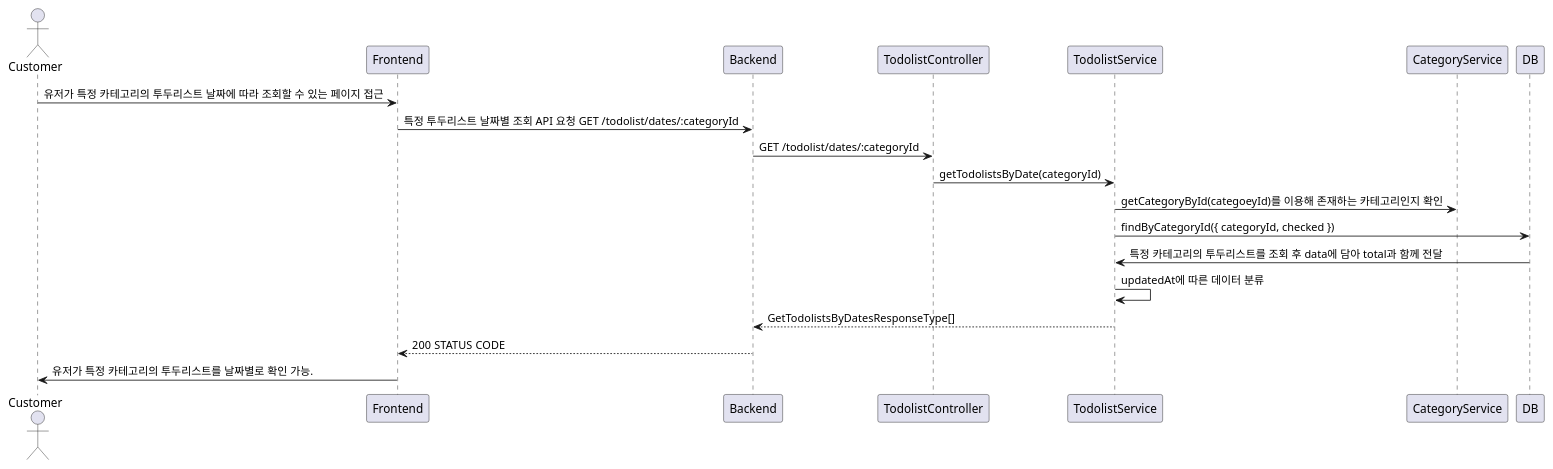
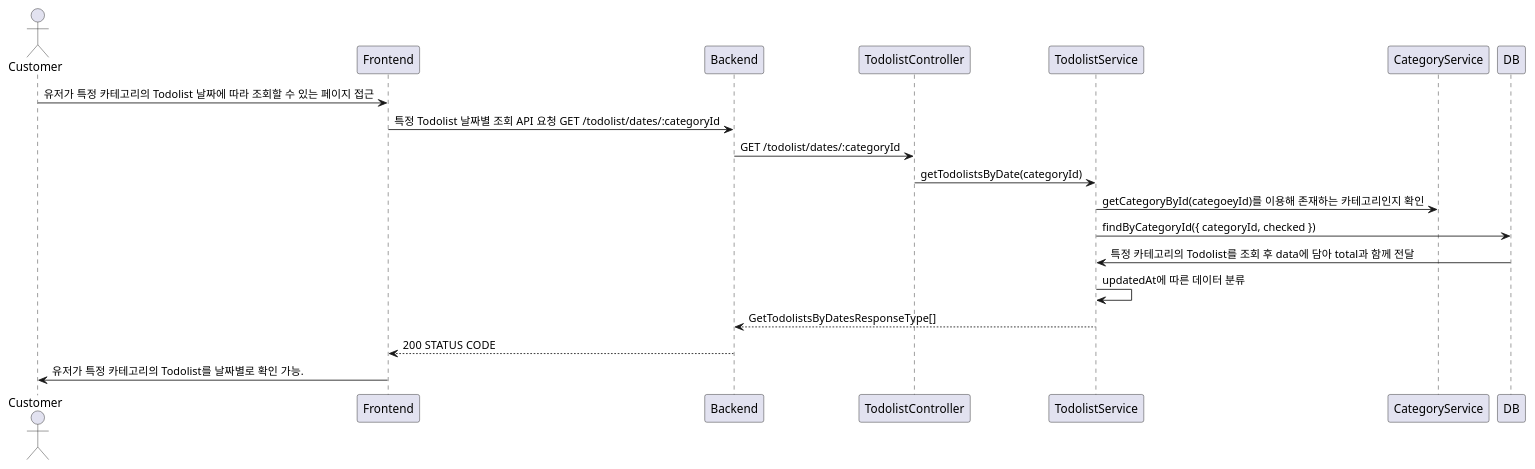
One commit to VVSOGI/todolist-remake changed the third of 3 diagrams in server/docs/todolist/todolist.get.md. Above: the diagram before and after it, drawn with PlantUML. The commit also changed other lines of this file, not shown here.

Commit message:
Refactor todolist.get.md for better readability and consistency

````diff
--- a/server/docs/todolist/todolist.get.md
+++ b/server/docs/todolist/todolist.get.md
@@ -113,16 +113,16 @@
 ```plantuml
 @startuml
 actor Customer
-Customer -> Frontend: 유저가 특정 카테고리의 투두리스트 날짜에 따라 조회할 수 있는 페이지 접근
-    Frontend -> Backend: 특정 투두리스트 날짜별 조회 API 요청 GET /todolist/dates/:categoryId
+Customer -> Frontend: 유저가 특정 카테고리의 Todolist 날짜에 따라 조회할 수 있는 페이지 접근
+    Frontend -> Backend: 특정 Todolist 날짜별 조회 API 요청 GET /todolist/dates/:categoryId
         Backend -> TodolistController: GET /todolist/dates/:categoryId
             TodolistController -> TodolistService: getTodolistsByDate(categoryId)
                 TodolistService -> CategoryService: getCategoryById(categoeyId)를 이용해 존재하는 카테고리인지 확인
                 TodolistService -> DB: findByCategoryId({ categoryId, checked })
-                DB -> TodolistService: 특정 카테고리의 투두리스트를 조회 후 data에 담아 total과 함께 전달
+                DB -> TodolistService: 특정 카테고리의 Todolist를 조회 후 data에 담아 total과 함께 전달
                 TodolistService -> TodolistService: updatedAt에 따른 데이터 분류
             Backend <-- TodolistService: GetTodolistsByDatesResponseType[]
     Frontend <-- Backend: 200 STATUS CODE
-Customer <- Frontend: 유저가 특정 카테고리의 투두리스트를 날짜별로 확인 가능.
+Customer <- Frontend: 유저가 특정 카테고리의 Todolist를 날짜별로 확인 가능.
 @enduml
 ```
````
